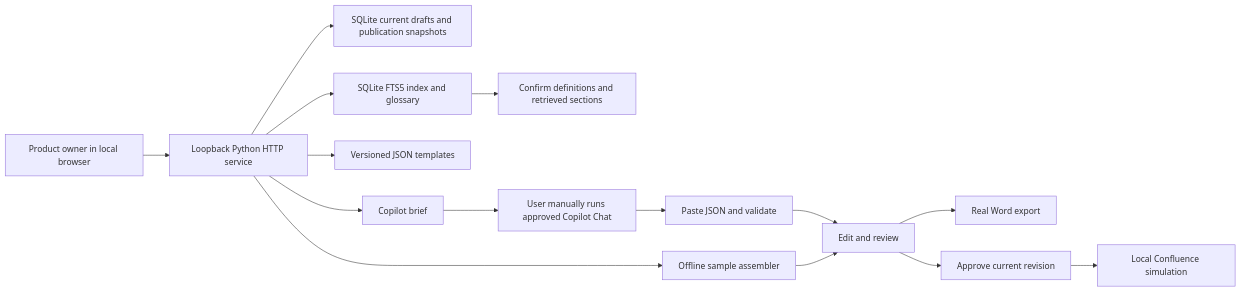
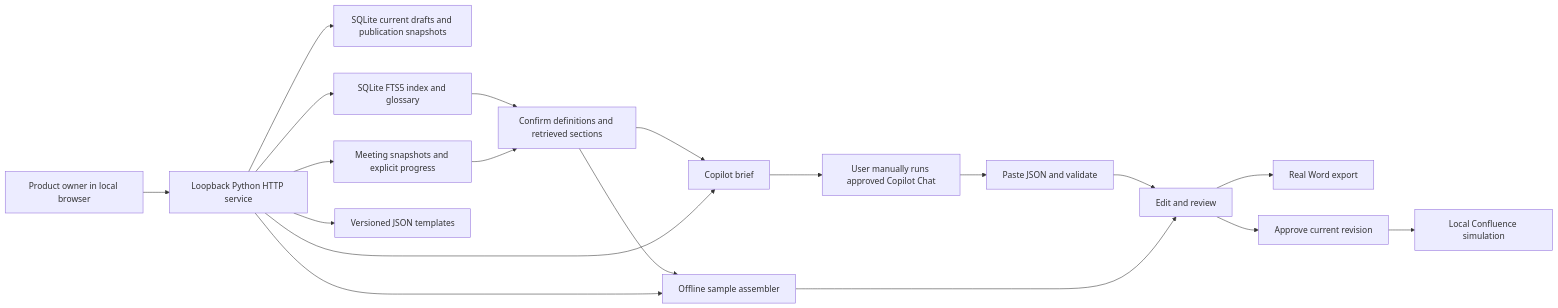
One commit to bipinhcs11/Agentic-AI-Learning-Roadmap changed the second of 2 diagrams in Phase8_Integrations_Shipping/project_07_business_document_assistant/docs/ARCHITECTURE.md. Above: the diagram before and after it, drawn with Mermaid. The commit also changed other lines of this file and 5 other files, not shown here.

Commit message:
Document Zoom-first architecture and enterprise integration roadmap

````diff
--- a/Phase8_Integrations_Shipping/project_07_business_document_assistant/docs/ARCHITECTURE.md
+++ b/Phase8_Integrations_Shipping/project_07_business_document_assistant/docs/ARCHITECTURE.md
@@ -33,17 +179,21 @@
 ```mermaid
 flowchart LR
     PO[Product owner in local browser] --> HTTP[Loopback Python HTTP service]
     HTTP --> DATA[SQLite current drafts and publication snapshots]
     HTTP --> CONTEXT[SQLite FTS5 index and glossary]
     CONTEXT --> REVIEWCONTEXT[Confirm definitions and retrieved sections]
+    HTTP --> MEETINGS[Meeting snapshots and explicit progress]
+    MEETINGS --> REVIEWCONTEXT
+    REVIEWCONTEXT --> OFFLINE
+    REVIEWCONTEXT --> BRIEF
     HTTP --> TEMPLATES[Versioned JSON templates]
     HTTP --> OFFLINE[Offline sample assembler]
     HTTP --> BRIEF[Copilot brief]
     BRIEF --> USER[User manually runs approved Copilot Chat]
     USER --> IMPORT[Paste JSON and validate]
     IMPORT --> EDIT[Edit and review]
     OFFLINE --> EDIT
     EDIT --> WORD[Real Word export]
     EDIT --> APPROVE[Approve current revision]
     APPROVE --> PREVIEW[Local Confluence simulation]
 ```
````
